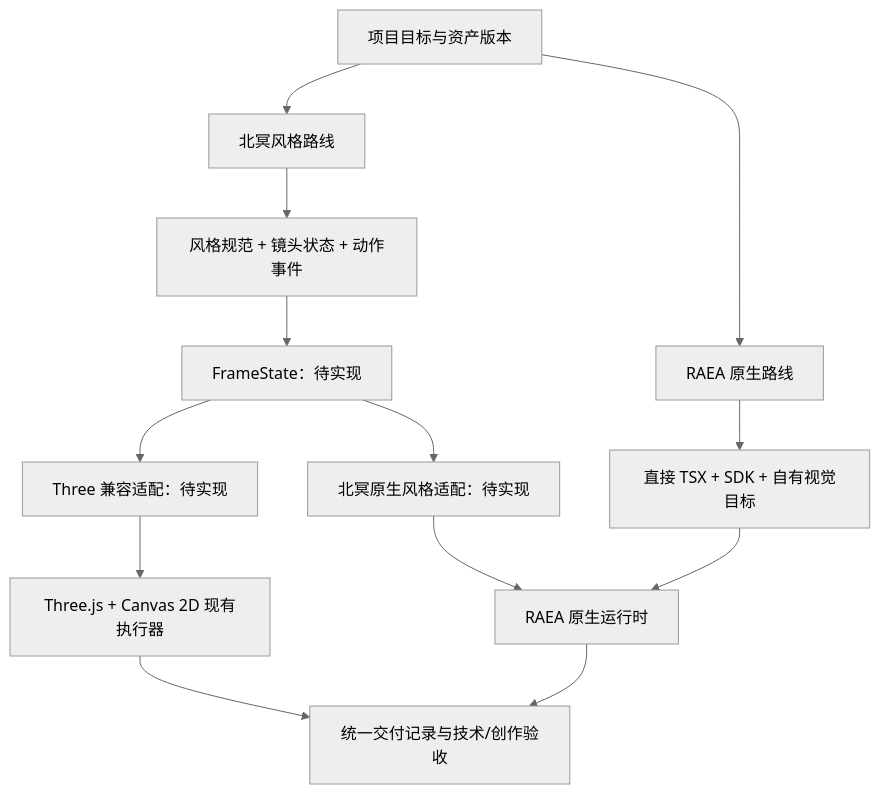
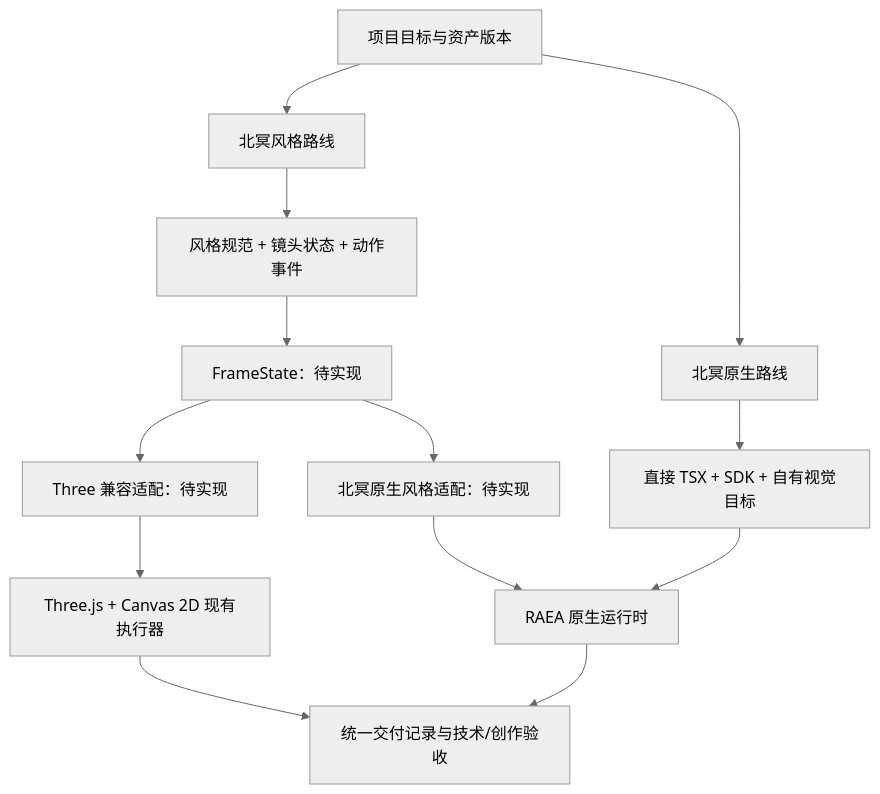
Before and after one commit to cuiyucheng0104-afk/beiming-engine: the diagram in docs/routes/contracts.md, drawn with Mermaid (neutral theme). The commit also changed other lines of this file and 179 other files, not shown here.

````diff
--- a/docs/routes/contracts.md
+++ b/docs/routes/contracts.md
@@ -18,15 +20,15 @@
 ```mermaid
 flowchart TD
   P[项目目标与资产版本] --> A[北冥风格路线]
-  P --> B[RAEA 原生路线]
+  P --> B[北冥原生路线]
   A --> S[风格规范 + 镜头状态 + 动作事件]
   S --> F[FrameState：待实现]
   F --> T[Three 兼容适配：待实现]
   F --> N[北冥原生风格适配：待实现]
   T --> W[Three.js + Canvas 2D 现有执行器]
   N --> R[RAEA 原生运行时]
   B --> X[直接 TSX + SDK + 自有视觉目标]
   X --> R
   W --> Q[统一交付记录与技术/创作验收]
   R --> Q
 ```
````
